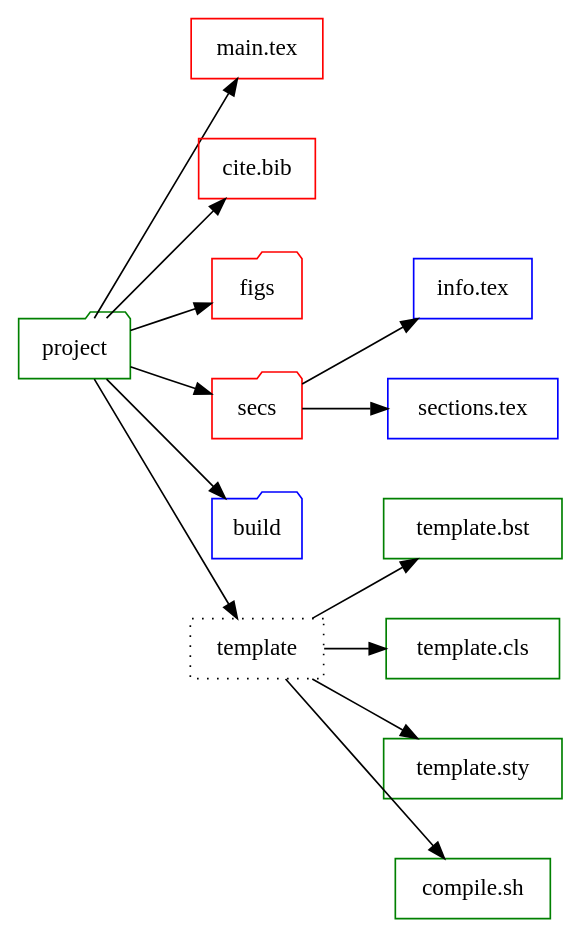
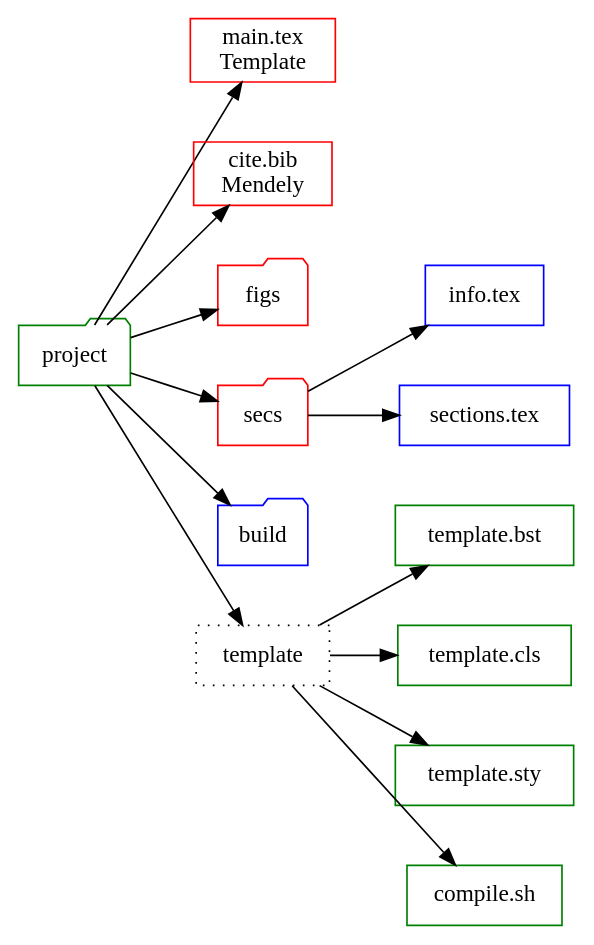
One commit to bwtian/texTemplate changed the diagram in texTemplate.org. Above: the diagram before and after it, drawn with Graphviz. The commit also changed other lines of this file and 1 other file, not shown here.

Commit message:
- ‘.#texTemplate.org’ / ‘texTemplate.org’

```diff
--- a/texTemplate.org
+++ b/texTemplate.org
@@ -4,32 +4,32 @@
 #+BEGIN_SRC dot :file ./texTemplate.svg
   digraph {
   rankdir = LR
   fontname="Times";
   fontsize = 12;
   splines = false;
   ranksep = 0.5;
   nodesep = 0.5;
   node [shape = box]
   //1. set node
   proj [label = "project", color = green, shape="folder"]
   info [label = "info.tex", color = blue]
   secs [label = "sections.tex", color = blue]
-  main [label = "main.tex", color = red]
-  bib [label = "cite.bib", color = red]
+  main [label = "main.tex \n Template", color = red]
+  bib [label = "cite.bib \n Mendely", color = red]
   bst [label = "template.bst", color = green]
   cls [label = "template.cls", color = green]
   sty [label = "template.sty", color = green]
   fig [label = "figs", color=red, shape="folder"]
   sec [label = "secs", color=red, shape="folder"]
   build [label  = "build", color = blue, shape="folder"]
   gen [label = "compile.sh", color = green]
   temp [label = "template", style=dotted]
   //2. set path
 
   proj -> {fig sec main temp bib build}
   temp -> {cls, bst, sty, gen}
   sec -> {info, secs}
   //3. set rank
 
   }
 #+END_SRC
```
